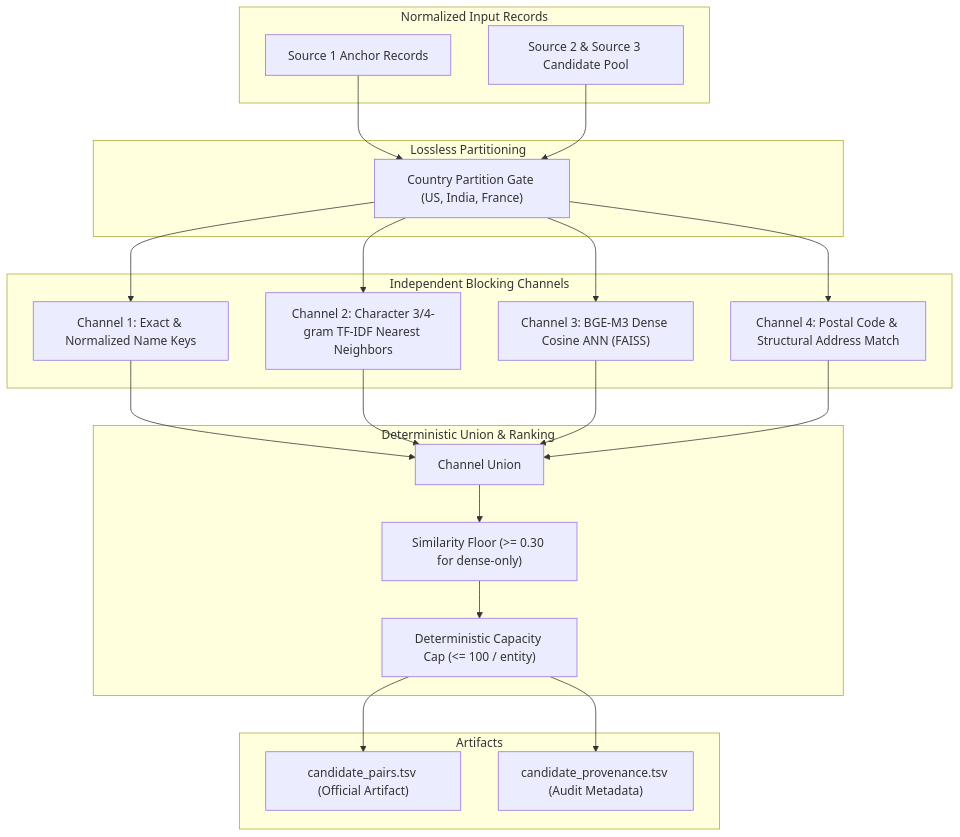
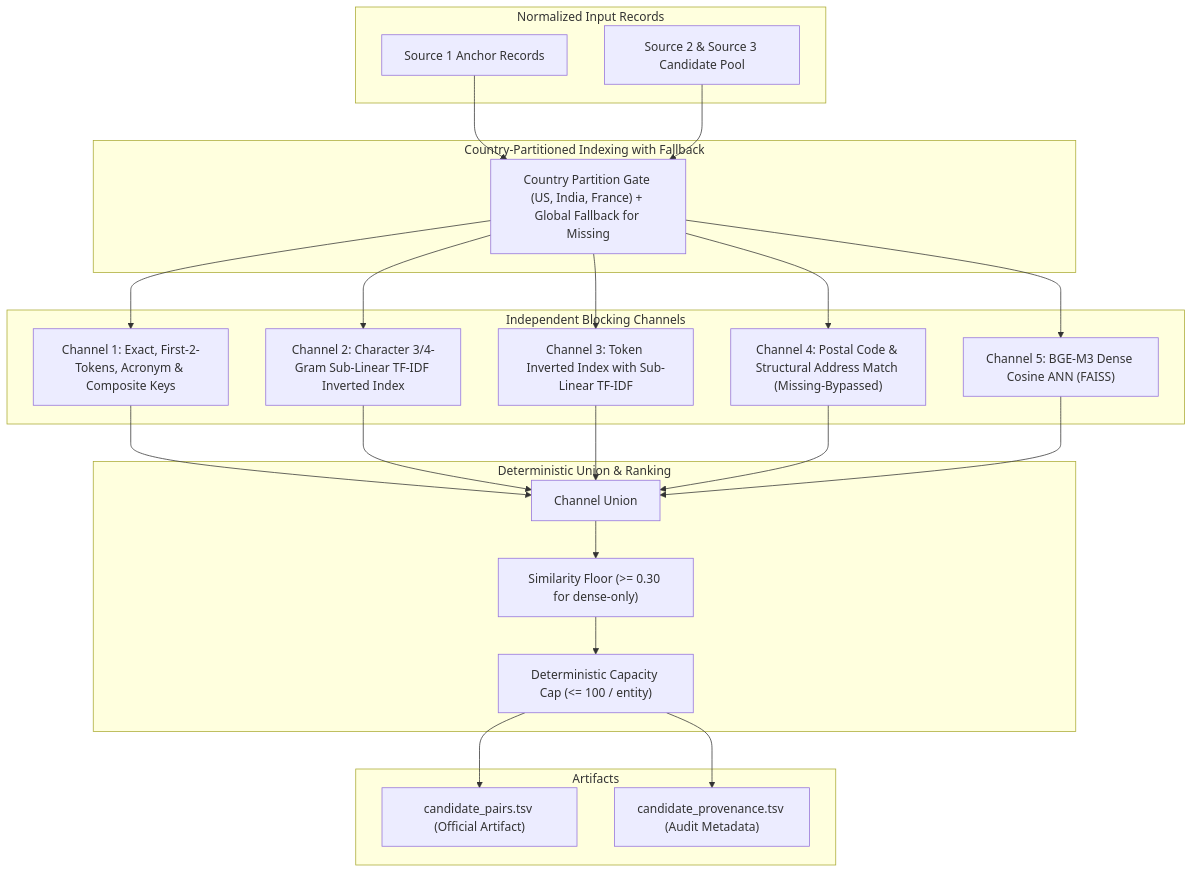
One commit to priyanshu-ogdev/AmazonMLChallenge2026 changed the diagram in docs/04_stage1_blocking.md. Above: the diagram before and after it, drawn with Mermaid. The commit also changed other lines of this file and 12 other files, not shown here.

````diff
--- a/docs/04_stage1_blocking.md
+++ b/docs/04_stage1_blocking.md
@@ -34,33 +34,34 @@
 ```mermaid
 flowchart TD
     subgraph Input["Normalized Input Records"]
         S1["Source 1 Anchor Records"]
         S23["Source 2 & Source 3 Candidate Pool"]
     end
 
-    subgraph Partition["Lossless Partitioning"]
-        CP["Country Partition Gate (US, India, France)"]
+    subgraph Partition["Country-Partitioned Indexing with Fallback"]
+        CP["Country Partition Gate (US, India, France) + Global Fallback for Missing"]
     end
 
     subgraph Channels["Independent Blocking Channels"]
-        CH1["Channel 1: Exact & Normalized Name Keys"]
-        CH2["Channel 2: Character 3/4-gram TF-IDF Nearest Neighbors"]
-        CH3["Channel 3: BGE-M3 Dense Cosine ANN (FAISS)"]
-        CH4["Channel 4: Postal Code & Structural Address Match"]
+        CH1["Channel 1: Exact, First-2-Tokens, Acronym & Composite Keys"]
+        CH2["Channel 2: Character 3/4-Gram Sub-Linear TF-IDF Inverted Index"]
+        CH3["Channel 3: Token Inverted Index with Sub-Linear TF-IDF"]
+        CH4["Channel 4: Postal Code & Structural Address Match (Missing-Bypassed)"]
+        CH5["Channel 5: BGE-M3 Dense Cosine ANN (FAISS)"]
     end
 
     subgraph Aggregation["Deterministic Union & Ranking"]
         U["Channel Union"]
         F["Similarity Floor (>= 0.30 for dense-only)"]
         C["Deterministic Capacity Cap (<= 100 / entity)"]
     end
 
     subgraph Output["Artifacts"]
         OUT1["candidate_pairs.tsv (Official Artifact)"]
         OUT2["candidate_provenance.tsv (Audit Metadata)"]
     end
 
     S1 & S23 --> CP
-    CP --> CH1 & CH2 & CH3 & CH4
-    CH1 & CH2 & CH3 & CH4 --> U --> F --> C --> OUT1 & OUT2
+    CP --> CH1 & CH2 & CH3 & CH4 & CH5
+    CH1 & CH2 & CH3 & CH4 & CH5 --> U --> F --> C --> OUT1 & OUT2
 ```
````
